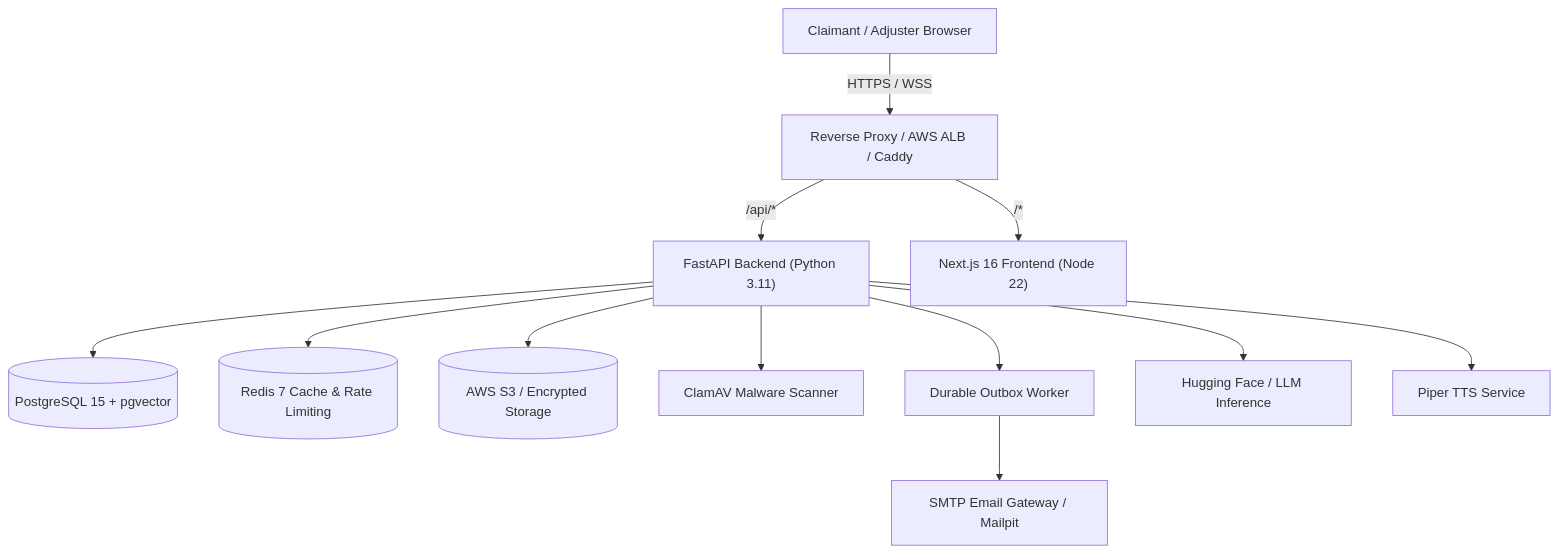
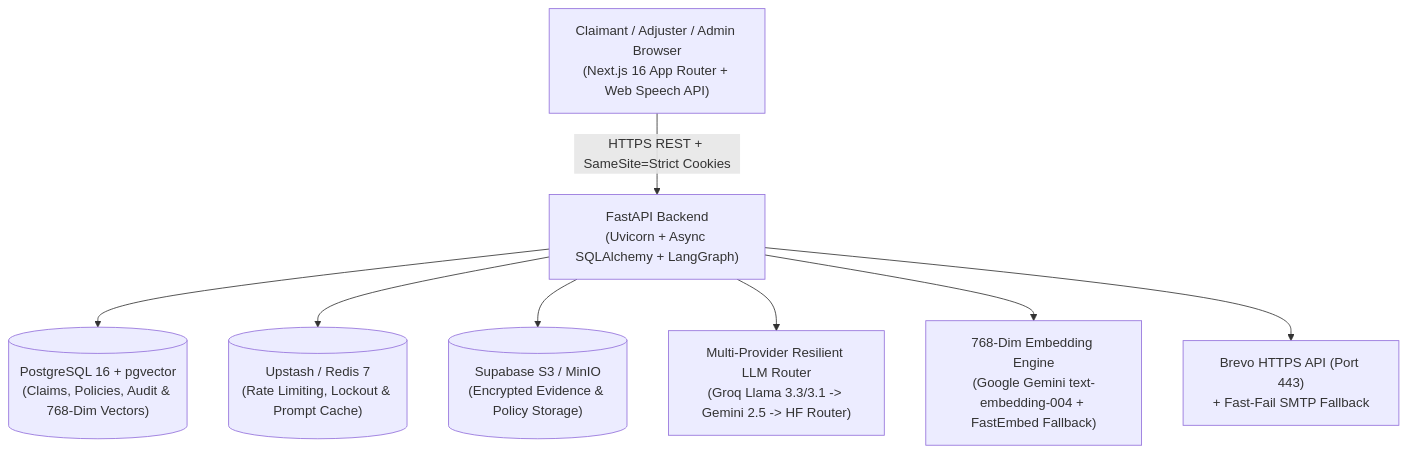
The diagram in README.md (RaghavS16/insurance_claim_intake), drawn with Mermaid before and after one commit. The commit also changed other lines of this file and 25 other files, not shown here.

Commit message:
feat: add frontend e2e walkthrough scripts  and backend API dependencies configuration

````diff
--- a/README.md
+++ b/README.md
@@ -9,15 +43,19 @@
 ```mermaid
-graph TD
-    Client["Claimant / Adjuster Browser"] -->|HTTPS / WSS| Proxy["Reverse Proxy / AWS ALB / Caddy"]
-    Proxy -->|/api/*| Backend["FastAPI Backend (Python 3.11)"]
-    Proxy -->|/*| Frontend["Next.js 16 Frontend (Node 22)"]
-    
-    Backend --> DB[("PostgreSQL 15 + pgvector")]
-    Backend --> Cache[("Redis 7 Cache & Rate Limiting")]
-    Backend --> S3[("AWS S3 / Encrypted Storage")]
-    Backend --> ClamAV["ClamAV Malware Scanner"]
-    Backend --> Outbox["Durable Outbox Worker"]
-    Backend --> LLM["Hugging Face / LLM Inference"]
-    Backend --> Piper["Piper TTS Service"]
-    Outbox --> SMTP["SMTP Email Gateway / Mailpit"]
+flowchart TB
+    Client["Claimant / Adjuster / Admin Browser<br/>(Next.js 16 App Router + Web Speech API)"]
+    API["FastAPI Backend<br/>(Uvicorn + Async SQLAlchemy + LangGraph)"]
+    DB[("PostgreSQL 16 + pgvector<br/>(Claims, Policies, Audit & 768-Dim Vectors)")]
+    Redis[("Upstash / Redis 7<br/>(Rate Limiting, Lockout & Prompt Cache)")]
+    S3[("Supabase S3 / MinIO<br/>(Encrypted Evidence & Policy Storage)")]
+    LLM["Multi-Provider Resilient LLM Router<br/>(Groq Llama 3.3/3.1 -> Gemini 2.5 -> HF Router)"]
+    Emb["768-Dim Embedding Engine<br/>(Google Gemini text-embedding-004 + FastEmbed Fallback)"]
+    Email["Brevo HTTPS API (Port 443)<br/>+ Fast-Fail SMTP Fallback"]
+
+    Client -->|"HTTPS REST + SameSite=Strict Cookies"| API
+    API --> DB
+    API --> Redis
+    API --> S3
+    API --> LLM
+    API --> Emb
+    API --> Email
 ```
````
